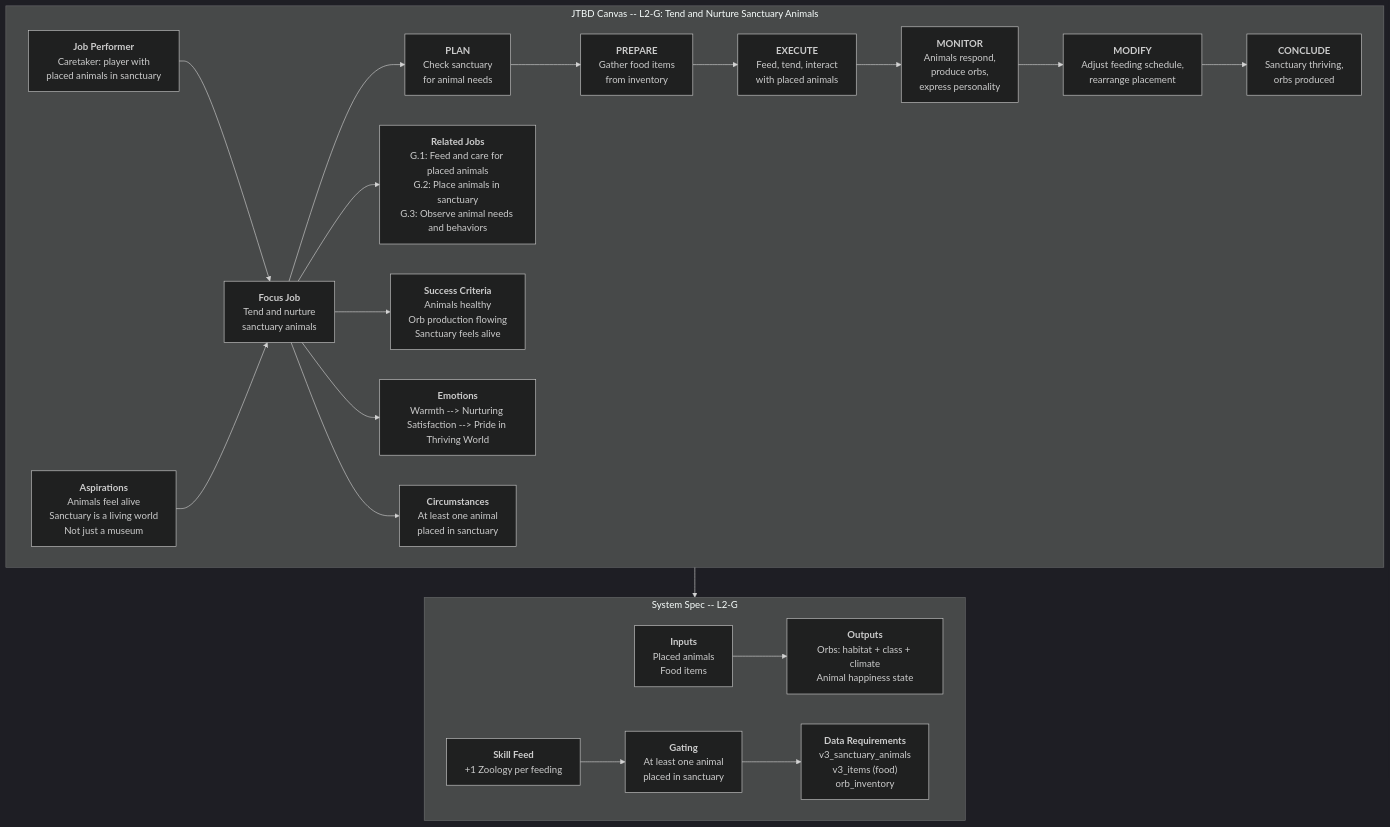
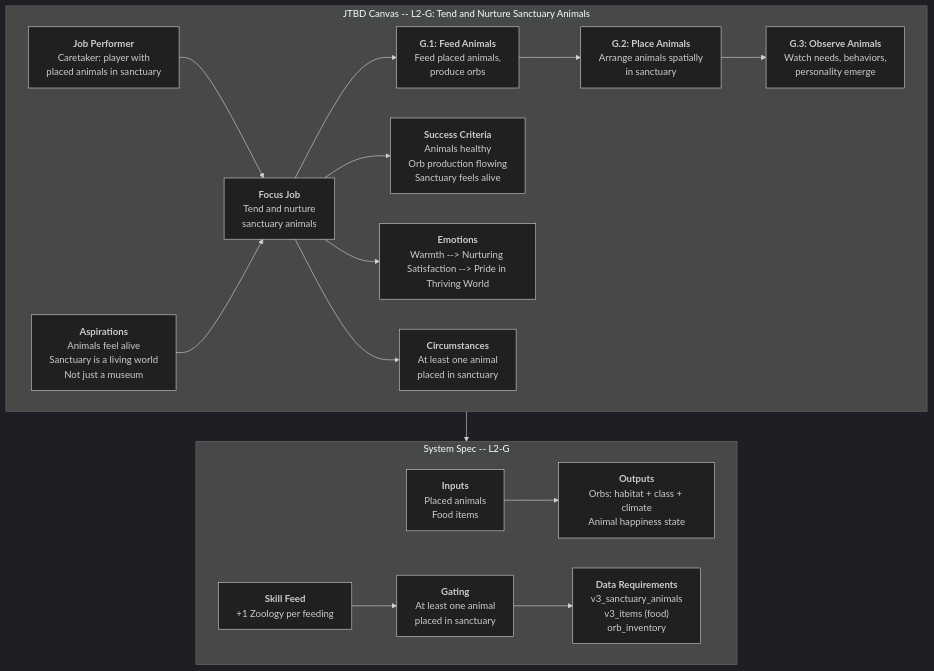
The diagram in docs/diagrams/problem/g-tend-sanctuary.mmd (JMLegere/geo-app), drawn with Mermaid (dark theme) before and after one commit. The commit also changed 52 other files, not shown here.

```diff
--- a/docs/diagrams/problem/g-tend-sanctuary.mmd
+++ b/docs/diagrams/problem/g-tend-sanctuary.mmd
@@ -1,40 +1,35 @@
 %% Status: NEEDS HUMAN REVIEW
 flowchart TD
     subgraph JTBD["JTBD Canvas -- L2-G: Tend and Nurture Sanctuary Animals"]
         JP["<b>Job Performer</b><br/>Caretaker: player with<br/>placed animals in sanctuary"]
         ASP["<b>Aspirations</b><br/>Animals feel alive<br/>Sanctuary is a living world<br/>Not just a museum"]
         FJ["<b>Focus Job</b><br/>Tend and nurture<br/>sanctuary animals"]
-        RJ["<b>Related Jobs</b><br/>G.1: Feed and care for placed animals<br/>G.2: Place animals in sanctuary<br/>G.3: Observe animal needs and behaviors"]
-        PLAN["<b>PLAN</b><br/>Check sanctuary<br/>for animal needs"]
-        PREPARE["<b>PREPARE</b><br/>Gather food items<br/>from inventory"]
-        EXECUTE["<b>EXECUTE</b><br/>Feed, tend, interact<br/>with placed animals"]
-        MONITOR["<b>MONITOR</b><br/>Animals respond,<br/>produce orbs,<br/>express personality"]
-        MODIFY["<b>MODIFY</b><br/>Adjust feeding schedule,<br/>rearrange placement"]
-        CONCLUDE["<b>CONCLUDE</b><br/>Sanctuary thriving,<br/>orbs produced"]
+
+        FJ --> G1["<b>G.1: Feed Animals</b><br/>Feed placed animals,<br/>produce orbs"]
+        G1 --> G2["<b>G.2: Place Animals</b><br/>Arrange animals spatially<br/>in sanctuary"]
+        G2 --> G3["<b>G.3: Observe Animals</b><br/>Watch needs, behaviors,<br/>personality emerge"]
+
         SC["<b>Success Criteria</b><br/>Animals healthy<br/>Orb production flowing<br/>Sanctuary feels alive"]
         EM["<b>Emotions</b><br/>Warmth --> Nurturing Satisfaction --> Pride in Thriving World"]
         CIRC["<b>Circumstances</b><br/>At least one animal<br/>placed in sanctuary"]
 
         JP --> FJ
         ASP --> FJ
-        FJ --> PLAN
-        PLAN --> PREPARE --> EXECUTE --> MONITOR --> MODIFY --> CONCLUDE
-        FJ --> RJ
         FJ --> SC
         FJ --> EM
         FJ --> CIRC
     end
 
     subgraph SystemSpec["System Spec -- L2-G"]
         IN["<b>Inputs</b><br/>Placed animals<br/>Food items"]
         OUT["<b>Outputs</b><br/>Orbs: habitat + class + climate<br/>Animal happiness state"]
         SF["<b>Skill Feed</b><br/>+1 Zoology per feeding"]
         GT["<b>Gating</b><br/>At least one animal<br/>placed in sanctuary"]
         DR["<b>Data Requirements</b><br/>v3_sanctuary_animals<br/>v3_items (food)<br/>orb_inventory"]
 
         IN --> OUT
         SF --> GT
         GT --> DR
     end
 
     JTBD --> SystemSpec
```
